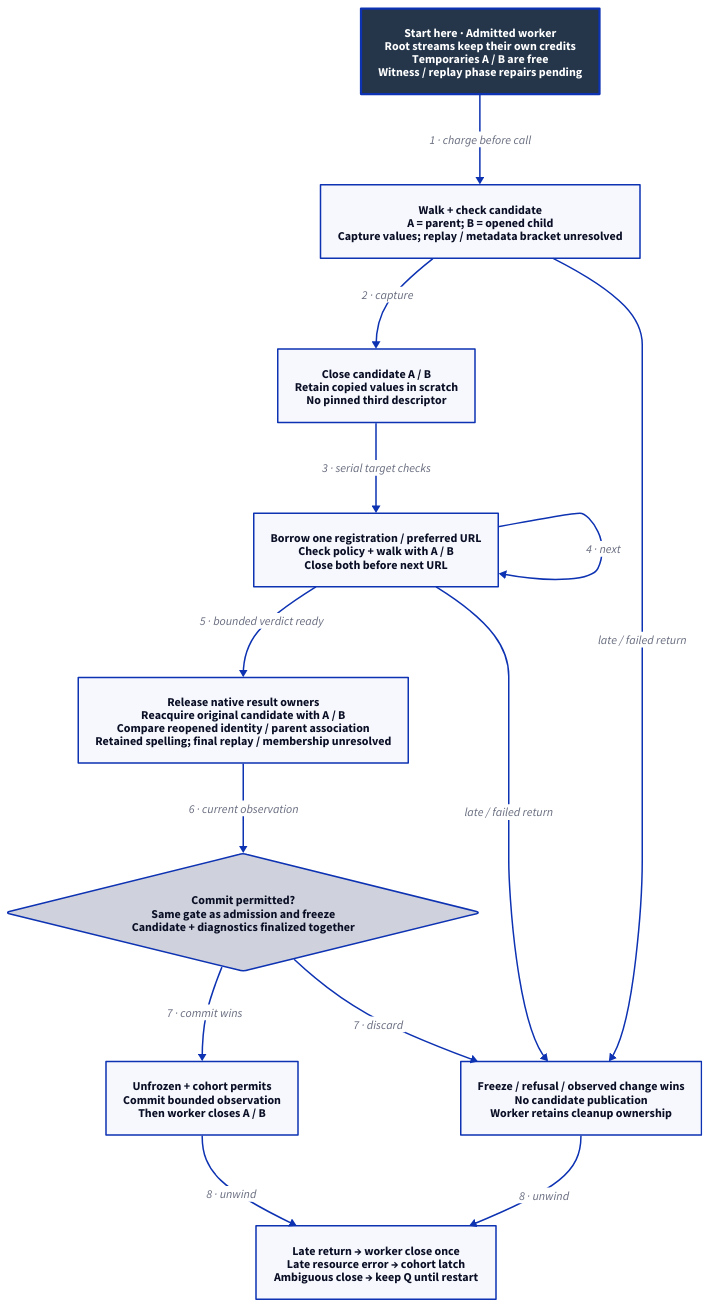
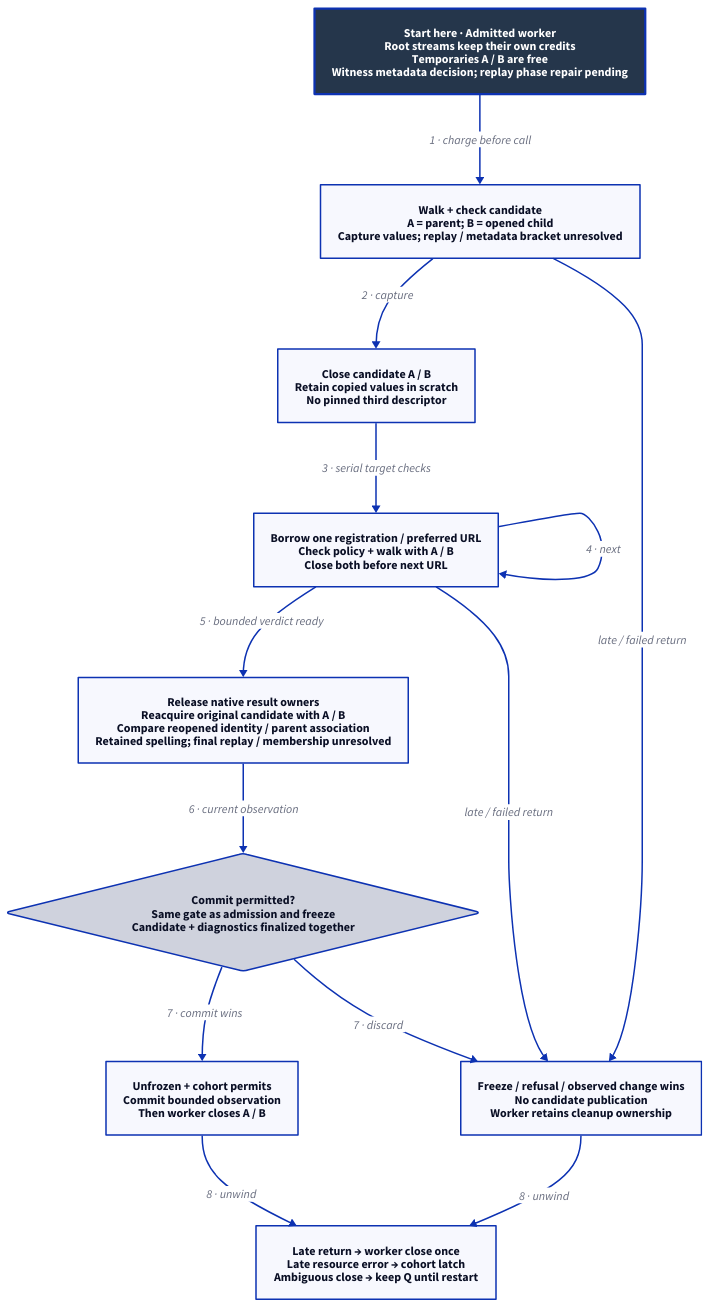
The diagram in docs/design/architecture/search-inspection.d2 (Linkuistics/Koine), drawn with D2 before and after one commit. The commit also changed 32 other files, not shown here.

```diff
--- a/docs/design/architecture/search-inspection.d2
+++ b/docs/design/architecture/search-inspection.d2
@@ -1,26 +1,26 @@
 # k119 constraints; region replay/metadata composition is incomplete.
 direction: down
 classes: {
   start: {style: {fill: "#25364B"; font-color: "#FFFFFF"; bold: true; stroke-width: 3}}
 }
-Start: "Start here · Admitted worker\nRoot streams keep their own credits\nTemporaries A / B are free\nWitness / replay phase repairs pending" {class: start}
+Start: "Start here · Admitted worker\nRoot streams keep their own credits\nTemporaries A / B are free\nWitness metadata decision; replay phase repair pending" {class: start}
 Candidate: "Walk + check candidate\nA = parent; B = opened child\nCapture values; replay / metadata bracket unresolved"
 Release: "Close candidate A / B\nRetain copied values in scratch\nNo pinned third descriptor"
 Targets: "Borrow one registration / preferred URL\nCheck policy + walk with A / B\nClose both before next URL"
 Recheck: "Release native result owners\nReacquire original candidate with A / B\nCompare reopened identity / parent association\nRetained spelling; final replay / membership unresolved"
 Gate: "Commit permitted?\nSame gate as admission and freeze\nCandidate + diagnostics finalized together" {shape: diamond}
 Commit: "Unfrozen + cohort permits\nCommit bounded observation\nThen worker closes A / B"
 Discard: "Freeze / refusal / observed change wins\nNo candidate publication\nWorker retains cleanup ownership"
 Cleanup: "Late return → worker close once\nLate resource error → cohort latch\nAmbiguous close → keep Q until restart"
 Start -> Candidate: "1 · charge before call"
 Candidate -> Release: "2 · capture"
 Release -> Targets: "3 · serial target checks"
 Targets -> Targets: "4 · next"
 Targets -> Recheck: "5 · bounded verdict ready"
 Recheck -> Gate: "6 · current observation"
 Gate -> Commit: "7 · commit wins"
 Gate -> Discard: "7 · discard"
 Candidate -> Discard: "late / failed return"
 Targets -> Discard: "late / failed return"
 Commit -> Cleanup: "8 · unwind"
 Discard -> Cleanup: "8 · unwind"
```
